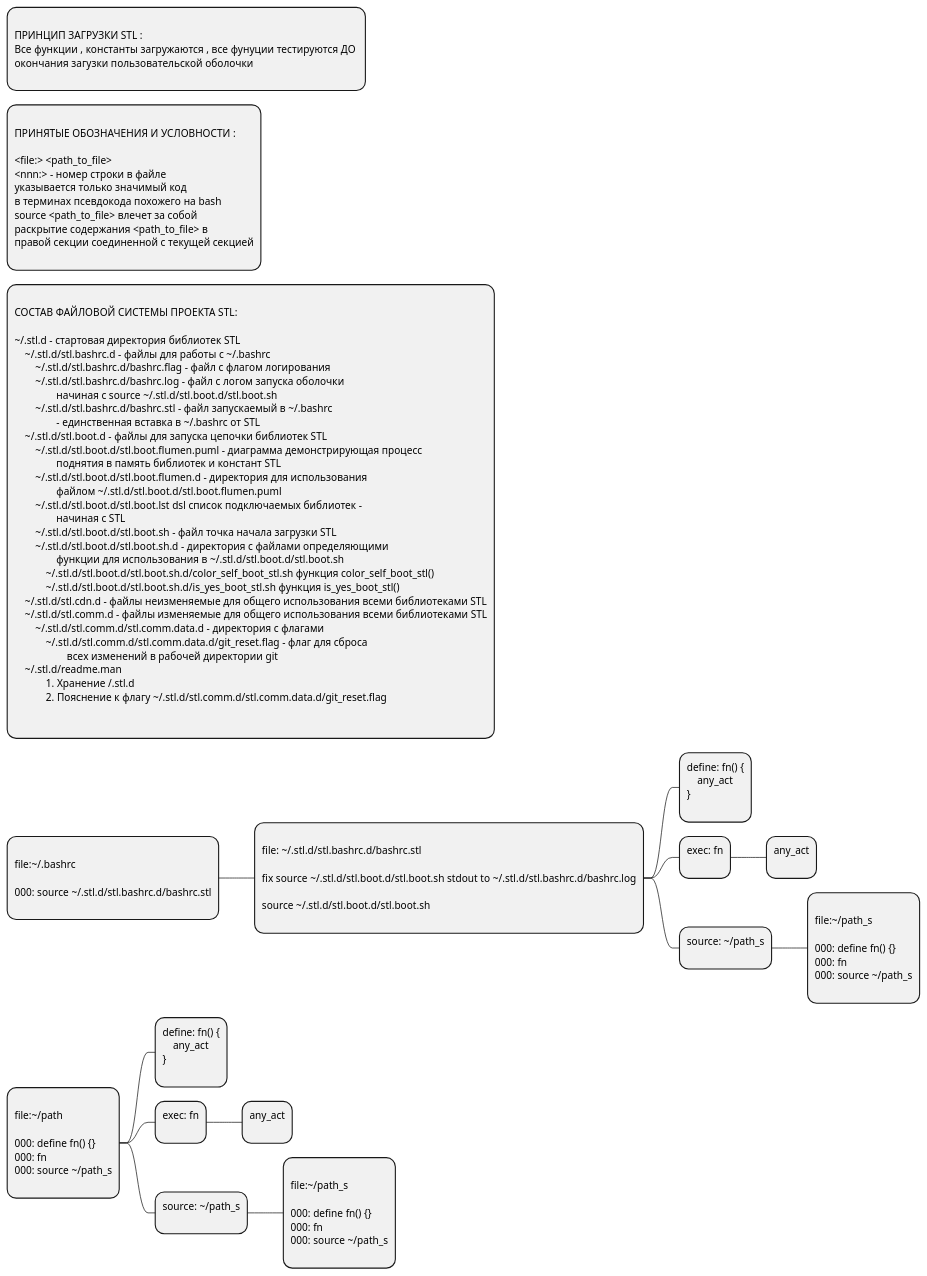
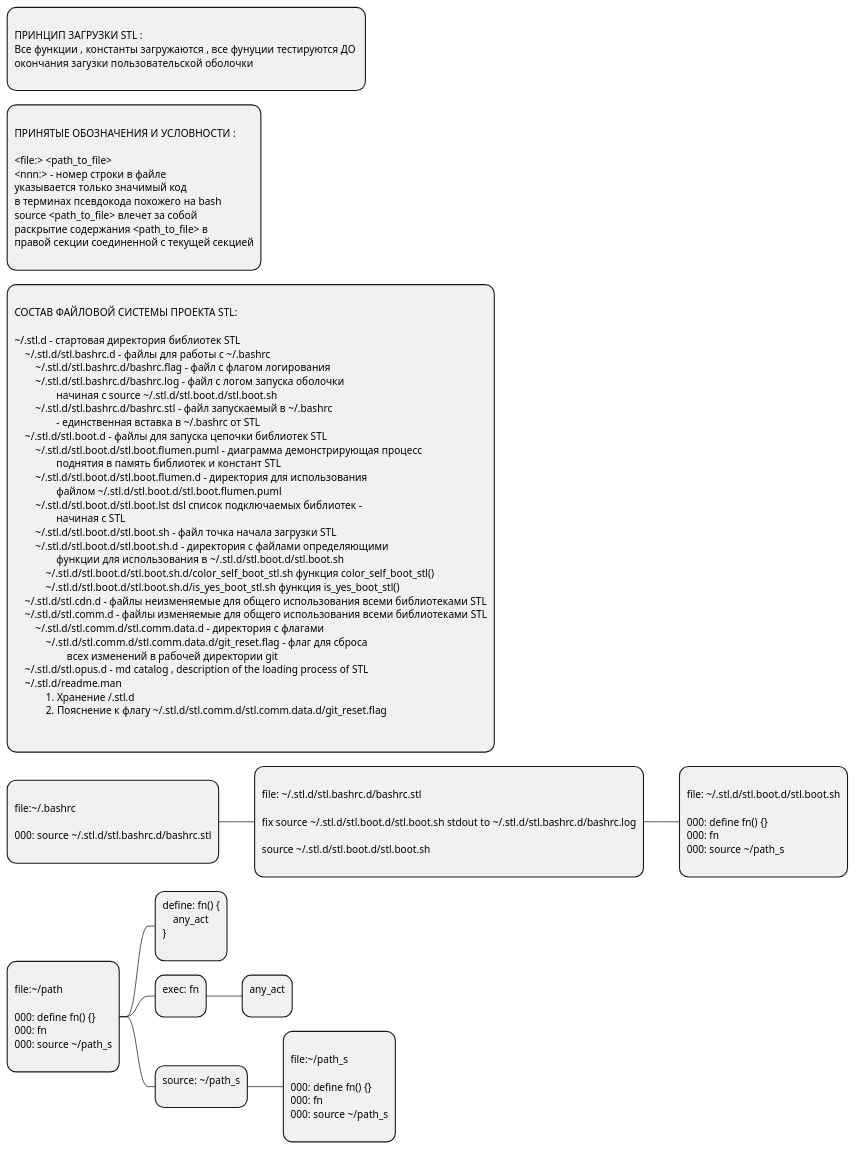
One commit to legioner9/stl changed the diagram in .d/.stl.d~/stl.boot.d/stl.boot.flumen.puml. Above: the diagram before and after it, drawn with PlantUML. The commit also changed 66 other files, not shown here.

```diff
--- a/.d/.stl.d~/stl.boot.d/stl.boot.flumen.puml
+++ b/.d/.stl.d~/stl.boot.d/stl.boot.flumen.puml
@@ -1,126 +1,113 @@
 @startmindmap
 *:
 ПРИНЦИП ЗАГРУЗКИ STL :
 Все функции , константы загружаются , все фунуции тестируются ДО 
 окончания загузки пользовательской оболочки
 ;
 
 *:
 ПРИНЯТЫЕ ОБОЗНАЧЕНИЯ И УСЛОВНОСТИ :
 
 <file:> <path_to_file>
 <nnn:> - номер строки в файле
 указывается только значимый код 
 в терминах псевдокода похожего на bash
 source <path_to_file> влечет за собой 
 раскрытие содержания <path_to_file> в 
 правой секции соединенной с текущей секцией
 ;
 
 *:
 СОСТАВ ФАЙЛОВОЙ СИСТЕМЫ ПРОЕКТА STL:
 
 \~/.stl.d - стартовая директория библиотек STL 
     \~/.stl.d/stl.bashrc.d - файлы для работы с \~/.bashrc
         \~/.stl.d/stl.bashrc.d/bashrc.flag - файл с флагом логирования 
         \~/.stl.d/stl.bashrc.d/bashrc.log - файл с логом запуска оболочки 
                 начиная с source \~/.stl.d/stl.boot.d/stl.boot.sh 
         \~/.stl.d/stl.bashrc.d/bashrc.stl - файл запускаемый в \~/.bashrc
                 - единственная вставка в \~/.bashrc от STL
     \~/.stl.d/stl.boot.d - файлы для запуска цепочки библиотек STL
         \~/.stl.d/stl.boot.d/stl.boot.flumen.puml - диаграмма демонстрирующая процесс 
                 поднятия в память библиотек и констант STL
         \~/.stl.d/stl.boot.d/stl.boot.flumen.d - директория для использования 
                 файлом \~/.stl.d/stl.boot.d/stl.boot.flumen.puml
         \~/.stl.d/stl.boot.d/stl.boot.lst dsl список подключаемых библиотек - 
                 начиная с STL
         \~/.stl.d/stl.boot.d/stl.boot.sh - файл точка начала загрузки STL
         \~/.stl.d/stl.boot.d/stl.boot.sh.d - директория с файлами определяющими
                 функции для использования в \~/.stl.d/stl.boot.d/stl.boot.sh
             \~/.stl.d/stl.boot.d/stl.boot.sh.d/color_self_boot_stl.sh функция color_self_boot_stl()
             \~/.stl.d/stl.boot.d/stl.boot.sh.d/is_yes_boot_stl.sh функция is_yes_boot_stl()
     \~/.stl.d/stl.cdn.d - файлы неизменяемые для общего использования всеми библиотеками STL
     \~/.stl.d/stl.comm.d - файлы изменяемые для общего использования всеми библиотеками STL
         \~/.stl.d/stl.comm.d/stl.comm.data.d - директория с флагами
             \~/.stl.d/stl.comm.d/stl.comm.data.d/git_reset.flag - флаг для сброса
                     всех изменений в рабочей директории git 
+    \~/.stl.d/stl.opus.d - md catalog , description of the loading process of STL
     \~/.stl.d/readme.man 
             1. Хранение ~/.stl.d
             2. Пояснение к флагу \~/.stl.d/stl.comm.d/stl.comm.data.d/git_reset.flag
 
 ' ВНУТРЕННИЕ УПРАВЛЯЮЩИЕ ФАЙЛЫ
 ' USER ВНЕШНИЕ УПРАВЛЯЮЩИЕ ФАЙЛЫ
 ' USER ВНЕШНИЕ ИНФОРМАЦИОННЫЕ ФАЙЛЫ STL
 ;
 *:
 file:\~/.bashrc
 
 000: source \~/.stl.d/stl.bashrc.d/bashrc.stl
 ;
 
 **:
 file: \~/.stl.d/stl.bashrc.d/bashrc.stl
 
 fix source \~/.stl.d/stl.boot.d/stl.boot.sh stdout to \~/.stl.d/stl.bashrc.d/bashrc.log
 
 source \~/.stl.d/stl.boot.d/stl.boot.sh
 ;
 
-***:define: fn() {
-    any_act
-}
-;
-
-***:exec: fn
-;
-
-****:any_act
-;
-
-***:source: \~/path_s
-;
-
-****:
-file:\~/path_s
+***:
+file: \~/.stl.d/stl.boot.d/stl.boot.sh
 
 000: define fn() {}
 000: fn 
 000: source \~/path_s
 ;
 
 
 ' STANDART DGM -------- start --------
 *:
 file:\~/path
 
 000: define fn() {}
 000: fn 
 000: source \~/path_s
 ;
 
 
 **:define: fn() {
     any_act
 }
 ;
 
 **:exec: fn
 ;
 
 ***:any_act
 ;
 
 **:source: \~/path_s
 ;
 
 ***:
 file:\~/path_s
 
 000: define fn() {}
 000: fn 
 000: source \~/path_s
 ;
 
 ' STANDART DGM -------- end --------
 
 @endmindmap
```
